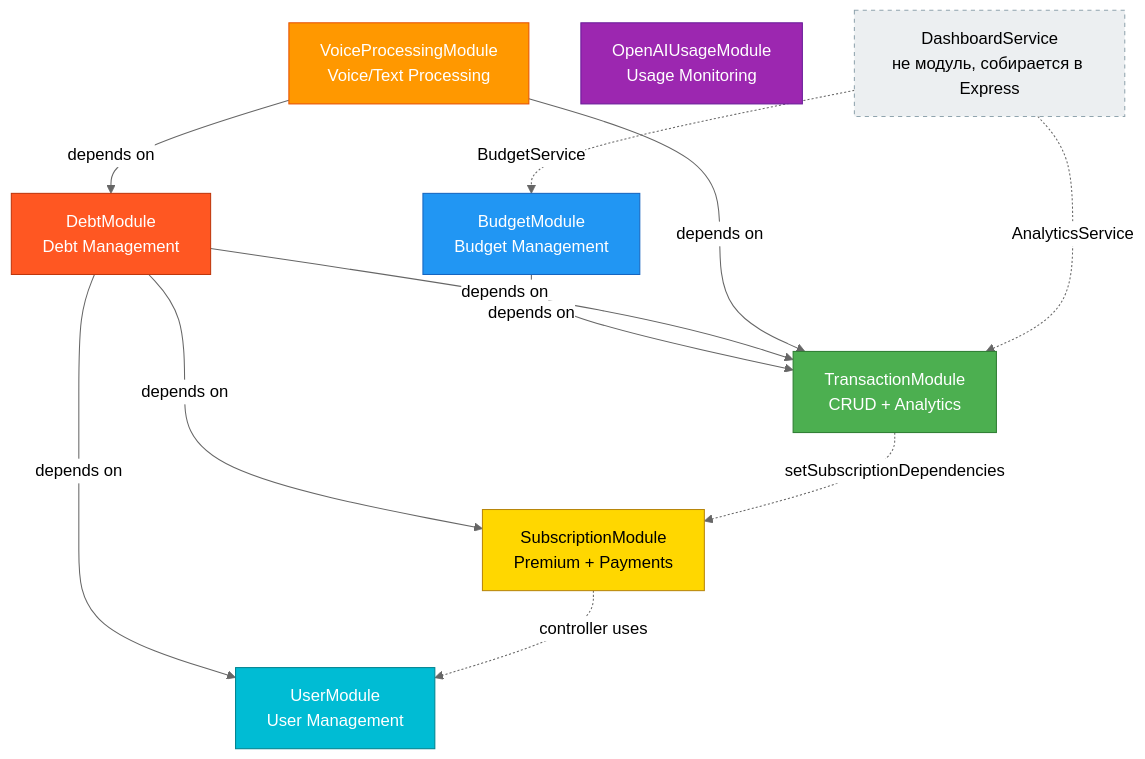
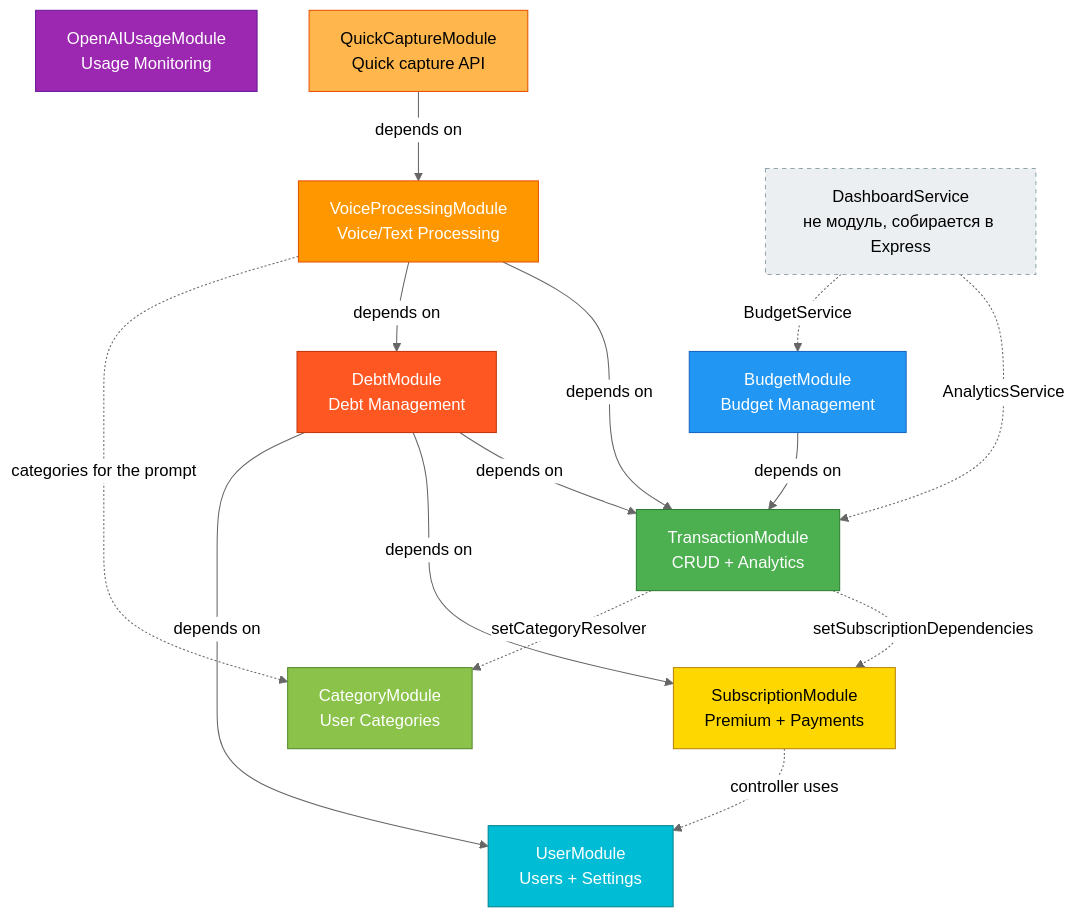
One commit to chollak/finance-tracker-backend changed the diagram in docs/knowledge-base/01-architecture/modules.md. Above: the diagram before and after it, drawn with Mermaid (neutral theme). The commit also changed other lines of this file and 52 other files, not shown here.

````diff
--- a/docs/knowledge-base/01-architecture/modules.md
+++ b/docs/knowledge-base/01-architecture/modules.md
@@ -9,31 +9,38 @@
 ```mermaid
 graph TD
     TM[TransactionModule<br/>CRUD + Analytics]
     BM[BudgetModule<br/>Budget Management]
     DeM[DebtModule<br/>Debt Management]
     VM[VoiceProcessingModule<br/>Voice/Text Processing]
     OM[OpenAIUsageModule<br/>Usage Monitoring]
     SM[SubscriptionModule<br/>Premium + Payments]
-    UM[UserModule<br/>User Management]
+    UM[UserModule<br/>Users + Settings]
+    CM[CategoryModule<br/>User Categories]
+    QM[QuickCaptureModule<br/>Quick capture API]
     DS[DashboardService<br/>не модуль, собирается в Express]
 
     BM -->|depends on| TM
     DeM -->|depends on| TM
     DeM -->|depends on| SM
     DeM -->|depends on| UM
     VM -->|depends on| TM
     VM -->|depends on| DeM
     TM -.->|setSubscriptionDependencies| SM
+    TM -.->|setCategoryResolver| CM
+    VM -.->|categories for the prompt| CM
+    QM -->|depends on| VM
     SM -.->|controller uses| UM
     DS -.->|AnalyticsService| TM
     DS -.->|BudgetService| BM
 
     style TM fill:#4CAF50,stroke:#2E7D32,color:#fff
     style BM fill:#2196F3,stroke:#1565C0,color:#fff
     style DeM fill:#FF5722,stroke:#BF360C,color:#fff
     style VM fill:#FF9800,stroke:#E65100,color:#fff
     style OM fill:#9C27B0,stroke:#6A1B9A,color:#fff
     style SM fill:#FFD700,stroke:#B8860B,color:#000
     style UM fill:#00BCD4,stroke:#00838F,color:#fff
+    style CM fill:#8BC34A,stroke:#558B2F,color:#fff
+    style QM fill:#FFB74D,stroke:#E65100,color:#000
     style DS fill:#ECEFF1,stroke:#90A4AE,color:#000,stroke-dasharray: 4 4
 ```
````
